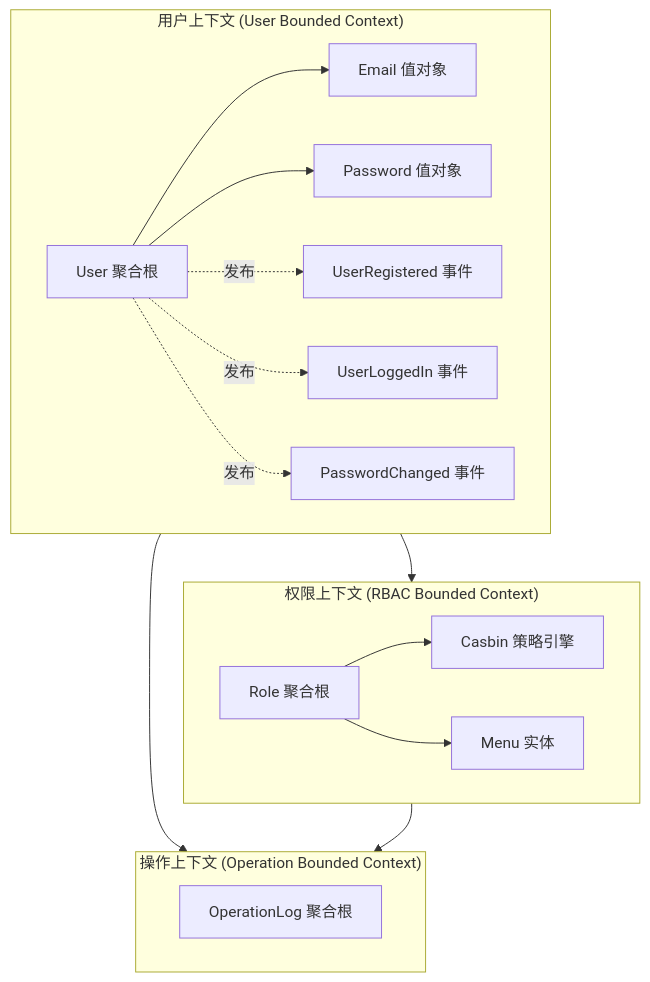
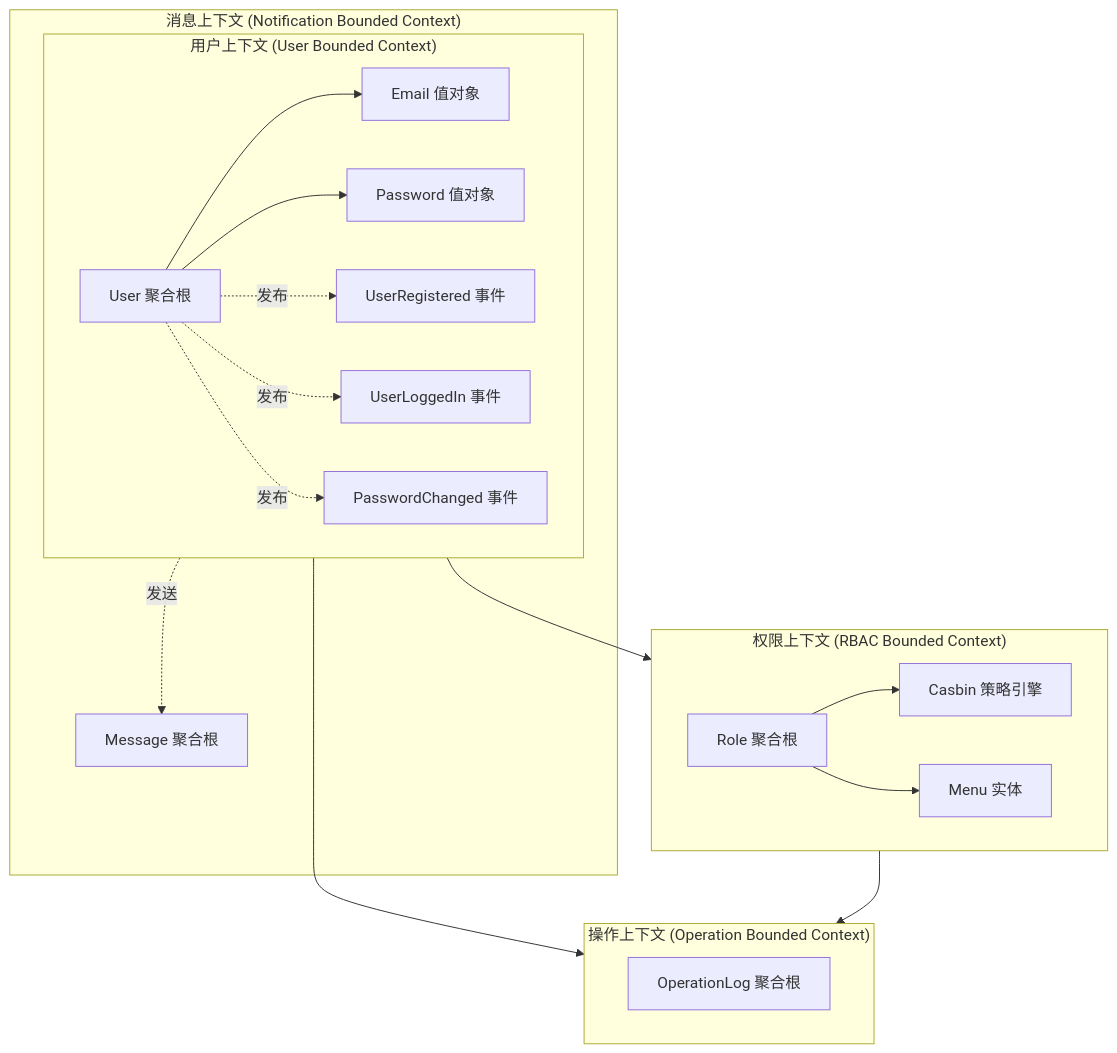
One commit to shenfay/go-react-admin changed the first of 2 diagrams in docs/backend/architecture/DOMAIN_MODEL.md. Above: the diagram before and after it, drawn with Mermaid. The commit also changed other lines of this file and 7 other files, not shown here.

````diff
--- a/docs/backend/architecture/DOMAIN_MODEL.md
+++ b/docs/backend/architecture/DOMAIN_MODEL.md
@@ -19,36 +19,42 @@
 ```mermaid
 graph TB
     subgraph UserContext["用户上下文 (User Bounded Context)"]
         User[User 聚合根]
         Email[Email 值对象]
         Password[Password 值对象]
         
         User --> Email
         User --> Password
         
         UserRegistered[UserRegistered 事件]
         UserLoggedIn[UserLoggedIn 事件]
         PasswordChanged[PasswordChanged 事件]
         
         User -.发布.-> UserRegistered
         User -.发布.-> UserLoggedIn
         User -.发布.-> PasswordChanged
     end
     
     subgraph RBACContext["权限上下文 (RBAC Bounded Context)"]
         Role[Role 聚合根]
         Menu[Menu 实体]
         CasbinPolicy[Casbin 策略引擎]
         
         Role --> CasbinPolicy
         Role --> Menu
     end
     
     subgraph OperationContext["操作上下文 (Operation Bounded Context)"]
         OperationLog[OperationLog 聚合根]
     end
     
     UserContext --> RBACContext
     UserContext --> OperationContext
     RBACContext --> OperationContext
+    
+    subgraph NotificationContext["消息上下文 (Notification Bounded Context)"]
+        Message[Message 聚合根]
+        
+        UserContext -.发送.-> Message
+    end
 ```
````
